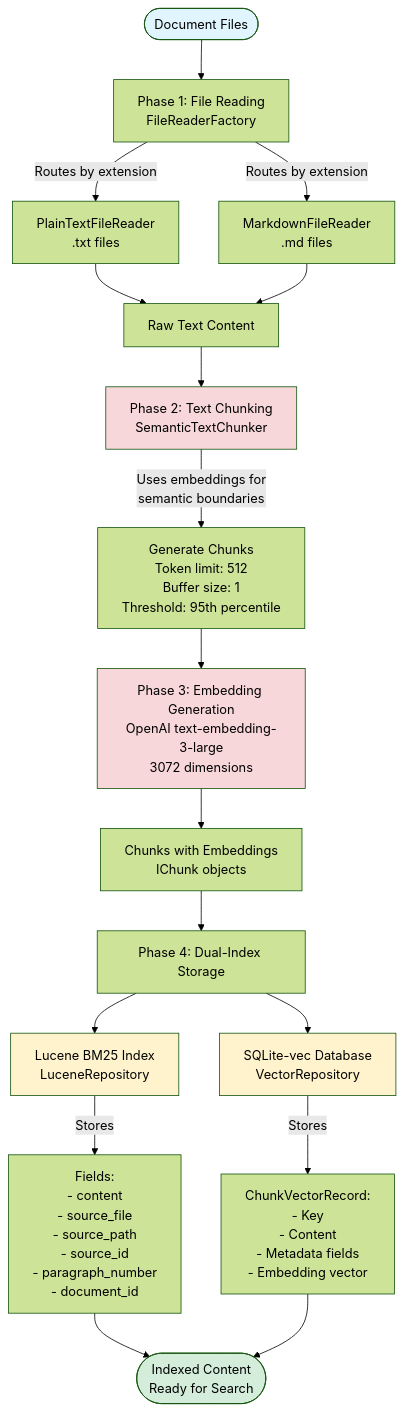
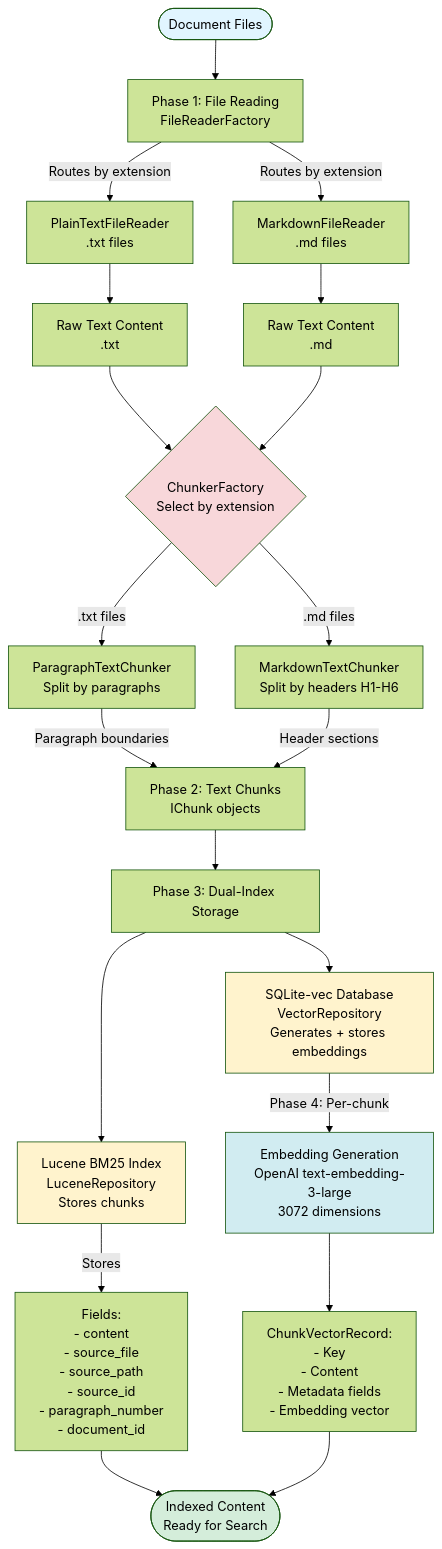
The first of 2 diagrams in README.md (pixelbadger/Pixelbadger.Toolkit.Rag), drawn with Mermaid (forest theme) before and after one commit. The commit also changed other lines of this file and 1 other file, not shown here.

First line of the commit message:
Update documentation to reflect new chunking architecture

````diff
--- a/README.md
+++ b/README.md
@@ -258,37 +258,40 @@
 ```mermaid
 flowchart TD
     Start([Document Files]) --> FileReader[Phase 1: File Reading<br/>FileReaderFactory]
 
     FileReader --> |Routes by extension| PlainText[PlainTextFileReader<br/>.txt files]
     FileReader --> |Routes by extension| Markdown[MarkdownFileReader<br/>.md files]
 
-    PlainText --> RawText[Raw Text Content]
-    Markdown --> RawText
+    PlainText --> RawTextTxt[Raw Text Content<br/>.txt]
+    Markdown --> RawTextMd[Raw Text Content<br/>.md]
 
-    RawText --> Chunker[Phase 2: Text Chunking<br/>SemanticTextChunker]
+    RawTextTxt --> ChunkerFactory{ChunkerFactory<br/>Select by extension}
+    RawTextMd --> ChunkerFactory
 
-    Chunker --> |Uses embeddings for<br/>semantic boundaries| ChunkGen[Generate Chunks<br/>Token limit: 512<br/>Buffer size: 1<br/>Threshold: 95th percentile]
+    ChunkerFactory --> |.txt files| ParaChunker[ParagraphTextChunker<br/>Split by paragraphs]
+    ChunkerFactory --> |.md files| MdChunker[MarkdownTextChunker<br/>Split by headers H1-H6]
 
-    ChunkGen --> Embedding[Phase 3: Embedding Generation<br/>OpenAI text-embedding-3-large<br/>3072 dimensions]
+    ParaChunker --> |Paragraph boundaries| Chunks[Phase 2: Text Chunks<br/>IChunk objects]
+    MdChunker --> |Header sections| Chunks
 
-    Embedding --> Chunks[Chunks with Embeddings<br/>IChunk objects]
+    Chunks --> Storage[Phase 3: Dual-Index Storage]
 
-    Chunks --> Storage[Phase 4: Dual-Index Storage]
-
-    Storage --> Lucene[Lucene BM25 Index<br/>LuceneRepository]
-    Storage --> Vector[SQLite-vec Database<br/>VectorRepository]
+    Storage --> Lucene[Lucene BM25 Index<br/>LuceneRepository<br/>Stores chunks]
+    Storage --> Vector[SQLite-vec Database<br/>VectorRepository<br/>Generates + stores embeddings]
 
     Lucene --> |Stores| LuceneFields[Fields:<br/>- content<br/>- source_file<br/>- source_path<br/>- source_id<br/>- paragraph_number<br/>- document_id]
 
-    Vector --> |Stores| VectorFields[ChunkVectorRecord:<br/>- Key<br/>- Content<br/>- Metadata fields<br/>- Embedding vector]
+    Vector --> |Phase 4: Per-chunk| EmbedGen[Embedding Generation<br/>OpenAI text-embedding-3-large<br/>3072 dimensions]
+
+    EmbedGen --> VectorFields[ChunkVectorRecord:<br/>- Key<br/>- Content<br/>- Metadata fields<br/>- Embedding vector]
 
     LuceneFields --> Complete([Indexed Content<br/>Ready for Search])
     VectorFields --> Complete
 
     style Start fill:#e1f5ff
     style Complete fill:#d4edda
     style Lucene fill:#fff3cd
     style Vector fill:#fff3cd
-    style Chunker fill:#f8d7da
-    style Embedding fill:#f8d7da
+    style ChunkerFactory fill:#f8d7da
+    style EmbedGen fill:#d1ecf1
 ```
````
